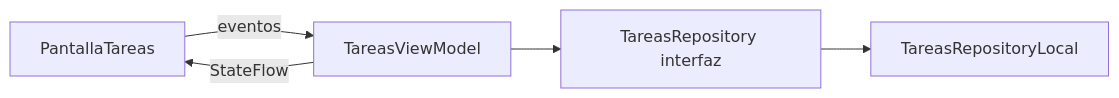
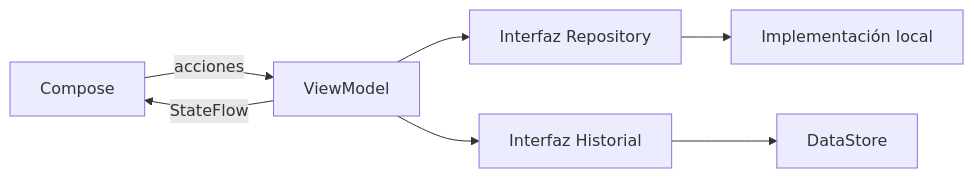
The diagram in README.md (Daniellaln/CentroTareasLeon), drawn with Mermaid before and after one commit. The commit also changed other lines of this file and 48 other files, not shown here.

````diff
--- a/README.md
+++ b/README.md
@@ -33,7 +51,9 @@
 ```mermaid
 flowchart LR
-  UI[PantallaTareas] -->|eventos| VM[TareasViewModel]
+  UI[Compose] -->|acciones| VM[ViewModel]
   VM -->|StateFlow| UI
-  VM --> R[TareasRepository interfaz]
-  R --> L[TareasRepositoryLocal]
+  VM --> R[Interfaz Repository]
+  R --> L[Implementación local]
+  VM --> H[Interfaz Historial]
+  H --> D[DataStore]
 ```
````
